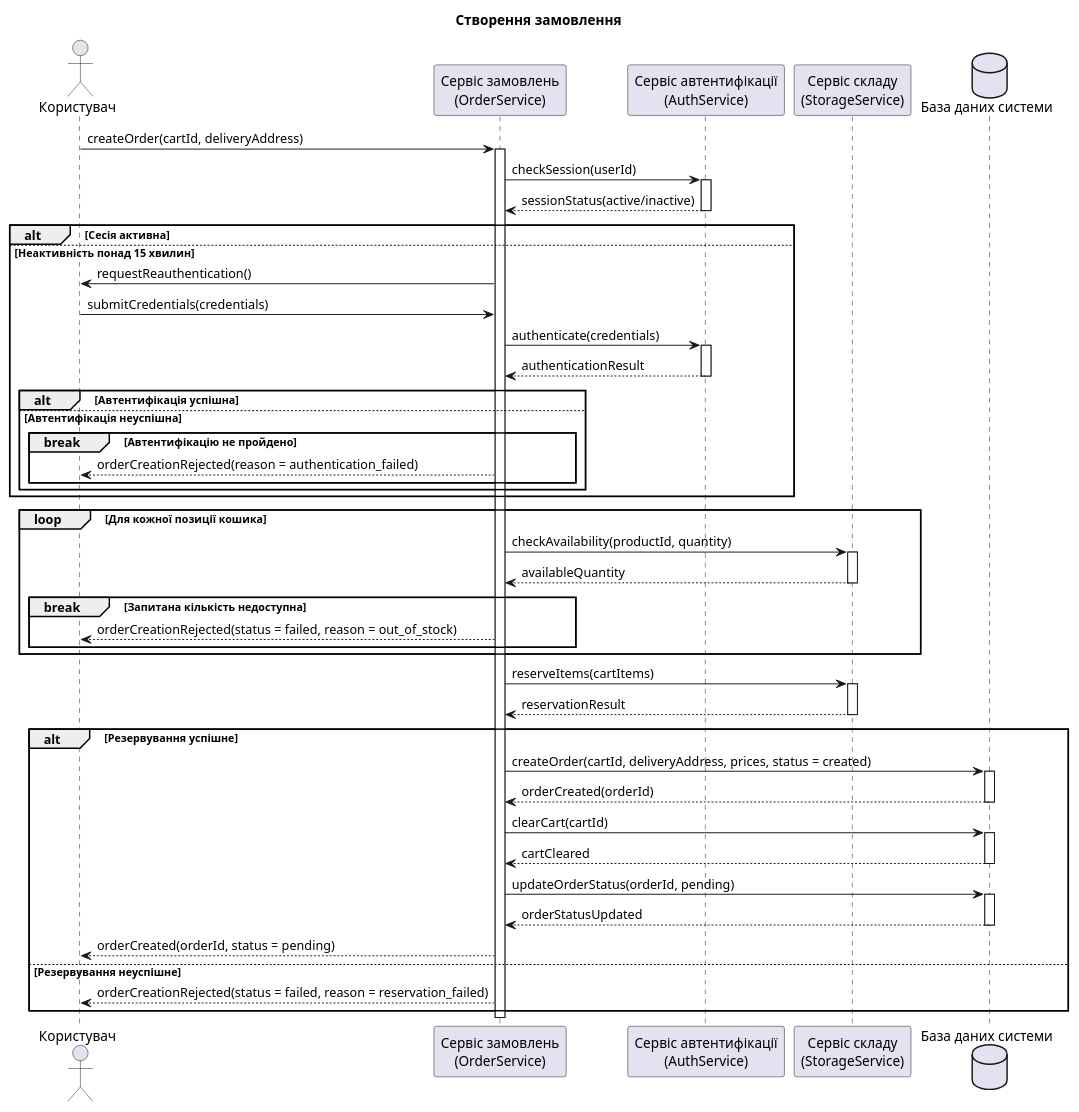
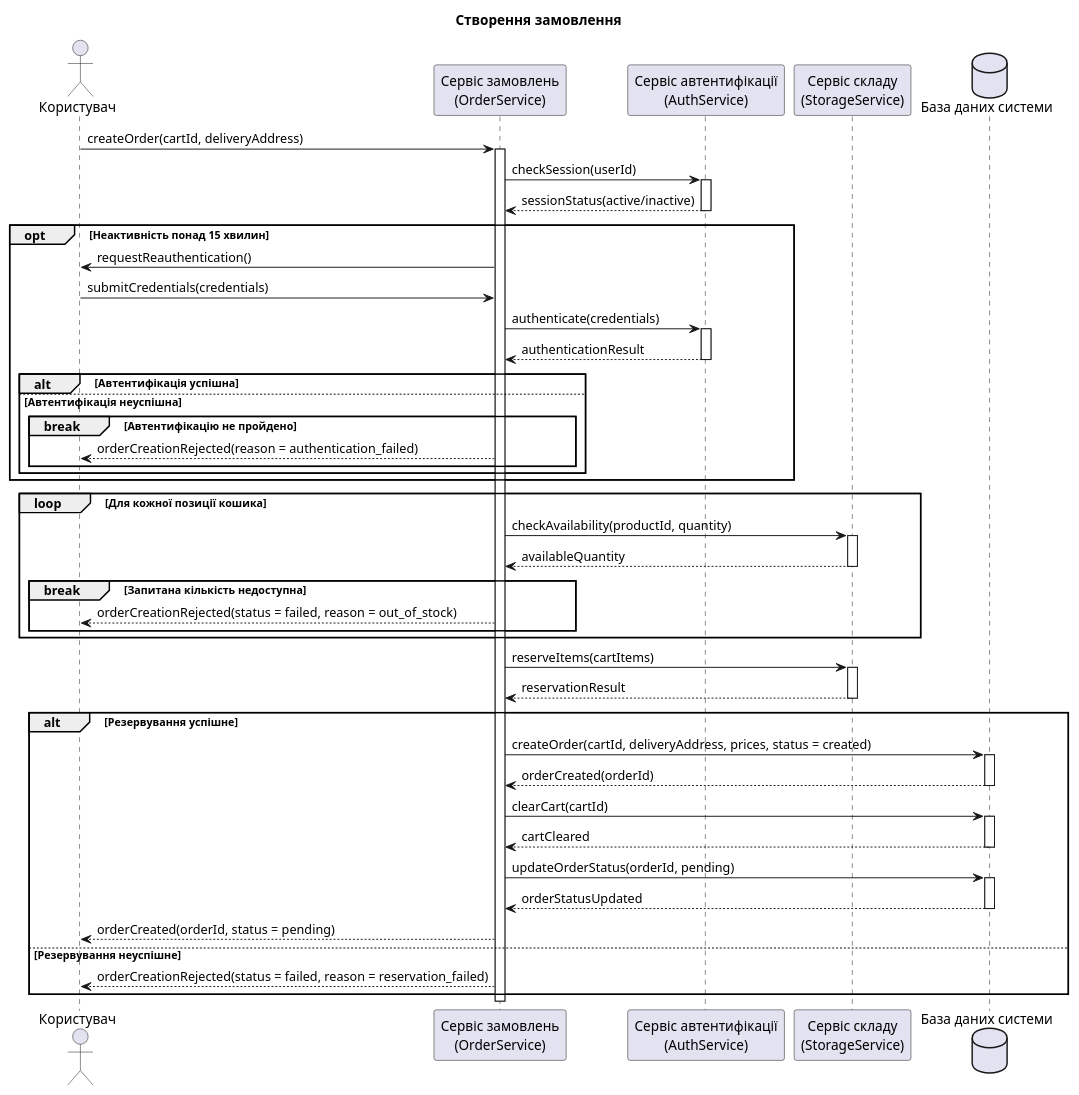
Before and after one commit to sklokcm/KPI2: the diagram in lab3/order_creation.md, drawn with PlantUML. The commit also changed other lines of this file and 6 other files, not shown here.

```diff
--- a/lab3/order_creation.md
+++ b/lab3/order_creation.md
@@ -1,72 +1,71 @@
 @startuml
 title Створення замовлення
 
 actor "Користувач" as User
 participant "Сервіс замовлень\n(OrderService)" as OrderService
 participant "Сервіс автентифікації\n(AuthService)" as AuthService
 participant "Сервіс складу\n(StorageService)" as StorageService
 database "База даних системи" as Database
 
 User -> OrderService : createOrder(cartId, deliveryAddress)
 activate OrderService
 OrderService -> AuthService : checkSession(userId)
 activate AuthService
 AuthService --> OrderService : sessionStatus(active/inactive)
 deactivate AuthService
 
-alt Сесія активна
-else Неактивність понад 15 хвилин
+opt Неактивність понад 15 хвилин
     OrderService -> User : requestReauthentication()
     User -> OrderService : submitCredentials(credentials)
     OrderService -> AuthService : authenticate(credentials)
     activate AuthService
     AuthService --> OrderService : authenticationResult
     deactivate AuthService
 
     alt Автентифікація успішна
     else Автентифікація неуспішна
         break Автентифікацію не пройдено
             OrderService --> User : orderCreationRejected(reason = authentication_failed)
         end
     end
 end
 
 loop Для кожної позиції кошика
     OrderService -> StorageService : checkAvailability(productId, quantity)
     activate StorageService
     StorageService --> OrderService : availableQuantity
     deactivate StorageService
 
     break Запитана кількість недоступна
         OrderService --> User : orderCreationRejected(status = failed, reason = out_of_stock)
     end
 end
 
 OrderService -> StorageService : reserveItems(cartItems)
 activate StorageService
 StorageService --> OrderService : reservationResult
 deactivate StorageService
 
 alt Резервування успішне
     OrderService -> Database : createOrder(cartId, deliveryAddress, prices, status = created)
     activate Database
     Database --> OrderService : orderCreated(orderId)
     deactivate Database
 
     OrderService -> Database : clearCart(cartId)
     activate Database
     Database --> OrderService : cartCleared
     deactivate Database
 
     OrderService -> Database : updateOrderStatus(orderId, pending)
     activate Database
     Database --> OrderService : orderStatusUpdated
     deactivate Database
 
     OrderService --> User : orderCreated(orderId, status = pending)
 else Резервування неуспішне
     OrderService --> User : orderCreationRejected(status = failed, reason = reservation_failed)
 end
 
 deactivate OrderService
 @enduml
```
